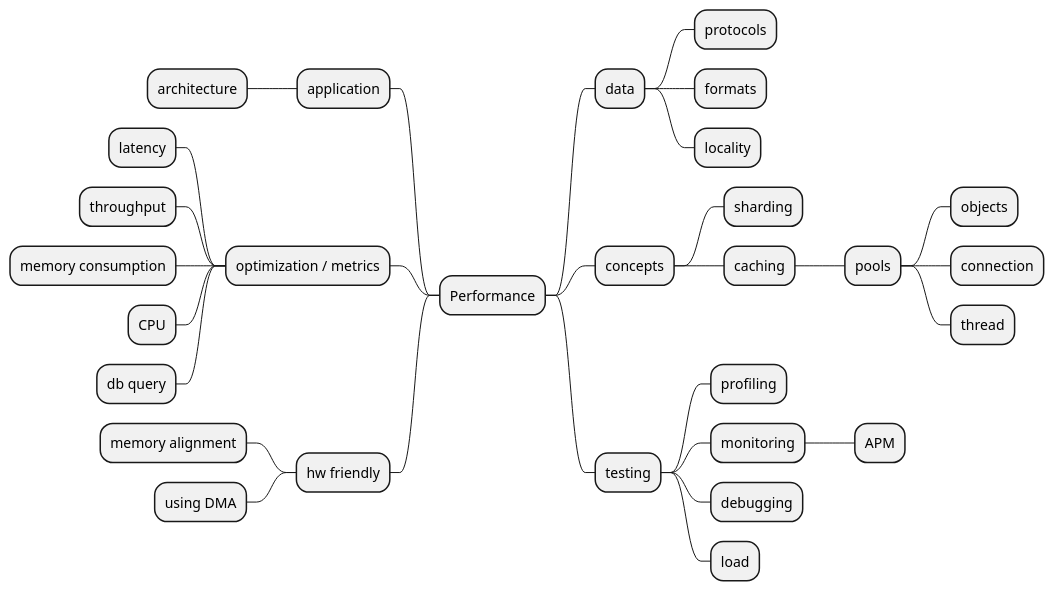
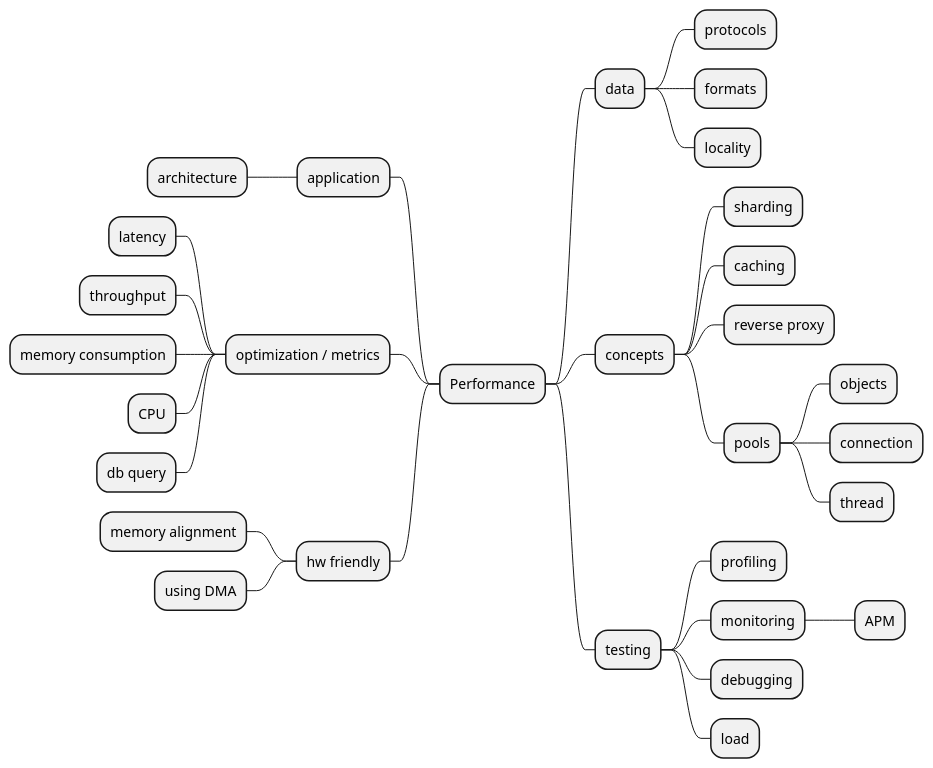
The diagram in performance-roadmap.iuml (levplotkin/performance-roadmap), drawn with PlantUML before and after one commit.

```diff
--- a/performance-roadmap.iuml
+++ b/performance-roadmap.iuml
@@ -1,33 +1,34 @@
 @startmindmap
 * Performance
  * data
   * protocols
   * formats
   * locality
  * concepts
   * sharding
   * caching
-   * pools
-    * objects
-    * connection
-    * thread
+  * reverse proxy
+  * pools
+   * objects
+   * connection
+   * thread
  * testing
   * profiling
   * monitoring
    * APM
   * debugging
   * load
  left side
  * application
   * architecture
  * optimization / metrics
   * latency
   * throughput
   * memory consumption
   * CPU
   * db query
  * hw friendly
   * memory alignment
   * using DMA
 
 @endmindmap
```
